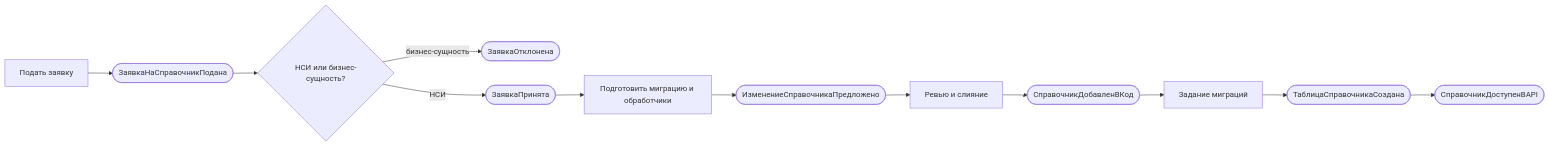
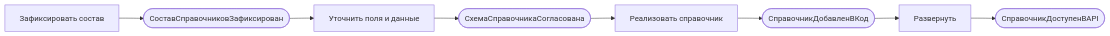
One commit to MEPhI-C22-501/arch-info-system-monorepo changed the first of 2 diagrams in reference-manager/docs/block-b-domain-analysis/040.event-storming.md. Above: the diagram before and after it, drawn with Mermaid. The commit also changed other lines of this file and 30 other files, not shown here.

````diff
--- a/reference-manager/docs/block-b-domain-analysis/040.event-storming.md
+++ b/reference-manager/docs/block-b-domain-analysis/040.event-storming.md
@@ -25,14 +22,10 @@
 ```mermaid
 flowchart LR
-    C1["Подать заявку"] --> E1(["ЗаявкаНаСправочникПодана"])
-    E1 --> P1{"НСИ или бизнес-сущность?"}
-    P1 -->|"бизнес-сущность"| E2(["ЗаявкаОтклонена"])
-    P1 -->|"НСИ"| E3(["ЗаявкаПринята"])
-    E3 --> C2["Подготовить миграцию и обработчики"]
-    C2 --> E4(["ИзменениеСправочникаПредложено"])
-    E4 --> C3["Ревью и слияние"]
-    C3 --> E5(["СправочникДобавленВКод"])
-    E5 --> C4["Задание миграций"]
-    C4 --> E6(["ТаблицаСправочникаСоздана"])
-    E6 --> E7(["СправочникДоступенВAPI"])
+    C1["Зафиксировать состав"] --> E1(["СоставСправочниковЗафиксирован"])
+    E1 --> C2["Уточнить поля и данные"]
+    C2 --> E2(["СхемаСправочникаСогласована"])
+    E2 --> C3["Реализовать справочник"]
+    C3 --> E3(["СправочникДобавленВКод"])
+    E3 --> C4["Развернуть"]
+    C4 --> E4(["СправочникДоступенВAPI"])
 ```
````
